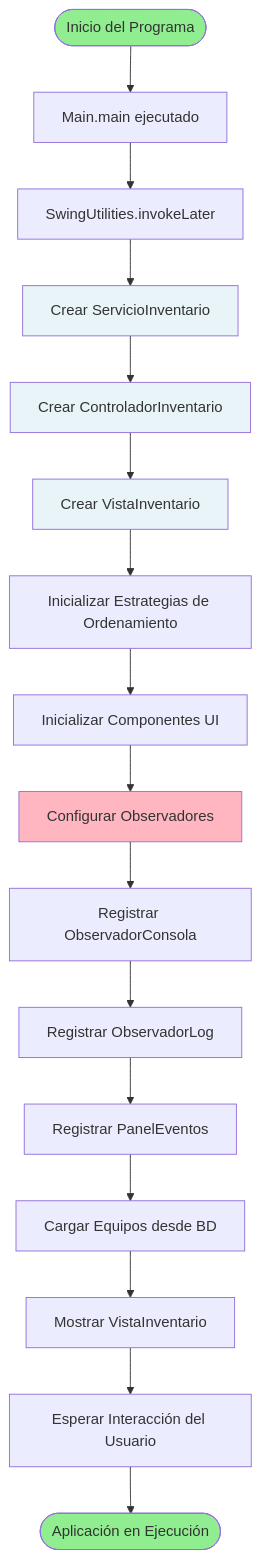
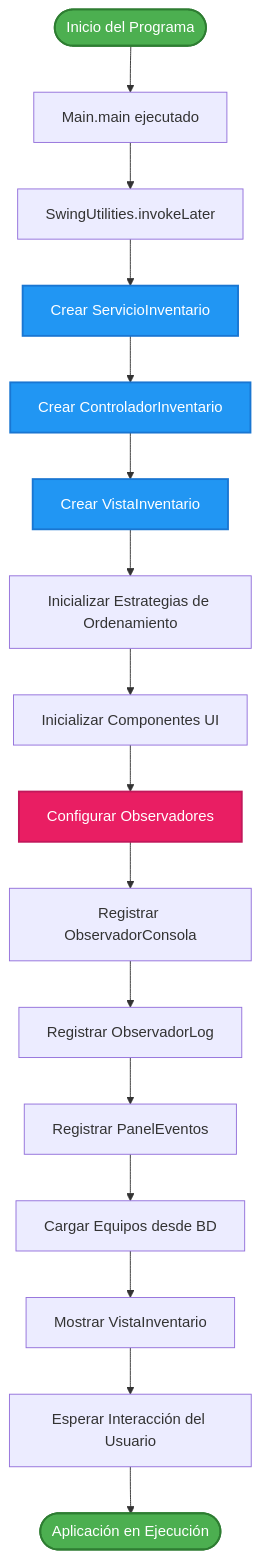
Before and after one commit to EduardoMorales-05/LP3-G04-SG03: the first of 6 diagrams in Dfd.md, drawn with Mermaid. The commit also changed other lines of this file, not shown here.

````diff
--- a/Dfd.md
+++ b/Dfd.md
@@ -7,25 +7,25 @@
 ```mermaid
 flowchart TD
     Start([Inicio del Programa]) --> Main[Main.main ejecutado]
     Main --> SwingThread[SwingUtilities.invokeLater]
     SwingThread --> CrearServicio[Crear ServicioInventario]
     CrearServicio --> CrearControlador[Crear ControladorInventario]
     CrearControlador --> CrearVista[Crear VistaInventario]
     CrearVista --> InicializarEstrategias[Inicializar Estrategias de Ordenamiento]
     InicializarEstrategias --> InicializarComponentes[Inicializar Componentes UI]
     InicializarComponentes --> ConfigurarObservadores[Configurar Observadores]
     ConfigurarObservadores --> RegistrarConsola[Registrar ObservadorConsola]
     RegistrarConsola --> RegistrarLog[Registrar ObservadorLog]
     RegistrarLog --> RegistrarPanel[Registrar PanelEventos]
     RegistrarPanel --> CargarEquipos[Cargar Equipos desde BD]
     CargarEquipos --> MostrarVista[Mostrar VistaInventario]
     MostrarVista --> EsperarUsuario[Esperar Interacción del Usuario]
     EsperarUsuario --> End([Aplicación en Ejecución])
     
-    style Start fill:#90EE90
-    style End fill:#90EE90
-    style CrearServicio fill:#E8F4F8
-    style CrearControlador fill:#E8F4F8
-    style CrearVista fill:#E8F4F8
-    style ConfigurarObservadores fill:#FFB6C1
+    style Start fill:#4CAF50,stroke:#2E7D32,stroke-width:2px,color:#fff
+    style End fill:#4CAF50,stroke:#2E7D32,stroke-width:2px,color:#fff
+    style CrearServicio fill:#2196F3,stroke:#1976D2,stroke-width:2px,color:#fff
+    style CrearControlador fill:#2196F3,stroke:#1976D2,stroke-width:2px,color:#fff
+    style CrearVista fill:#2196F3,stroke:#1976D2,stroke-width:2px,color:#fff
+    style ConfigurarObservadores fill:#E91E63,stroke:#C2185B,stroke-width:2px,color:#fff
 ```
````
